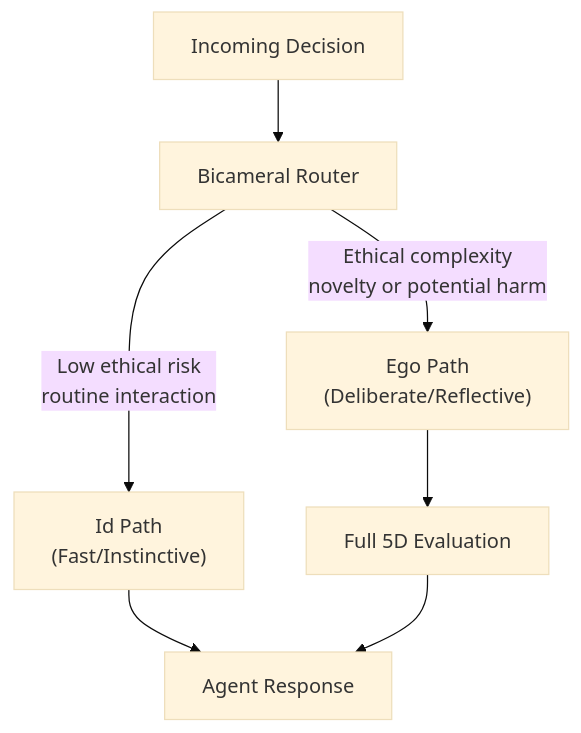
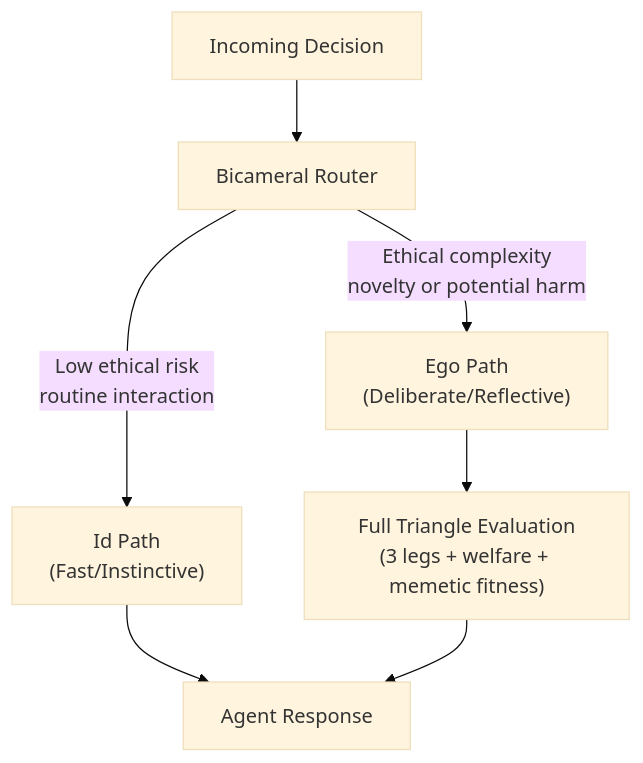
The second of 2 diagrams in docs/ETHICS_FRAMEWORK.md (jbcupps/Phoenix), drawn with Mermaid (base theme) before and after one commit. The commit also changed other lines of this file and 9 other files, not shown here.

````diff
--- a/docs/ETHICS_FRAMEWORK.md
+++ b/docs/ETHICS_FRAMEWORK.md
@@ -180,9 +318,9 @@
 ```mermaid
 graph TD
     Input["Incoming Decision"] --> Router["Bicameral Router"]
     Router -- "Low ethical risk<br/>routine interaction" --> Id["Id Path<br/>(Fast/Instinctive)"]
     Router -- "Ethical complexity<br/>novelty or potential harm" --> Ego["Ego Path<br/>(Deliberate/Reflective)"]
     Id --> Response["Agent Response"]
-    Ego --> FullEval["Full 5D Evaluation"]
+    Ego --> FullEval["Full Triangle Evaluation<br/>(3 legs + welfare + memetic fitness)"]
     FullEval --> Response
 ```
````
